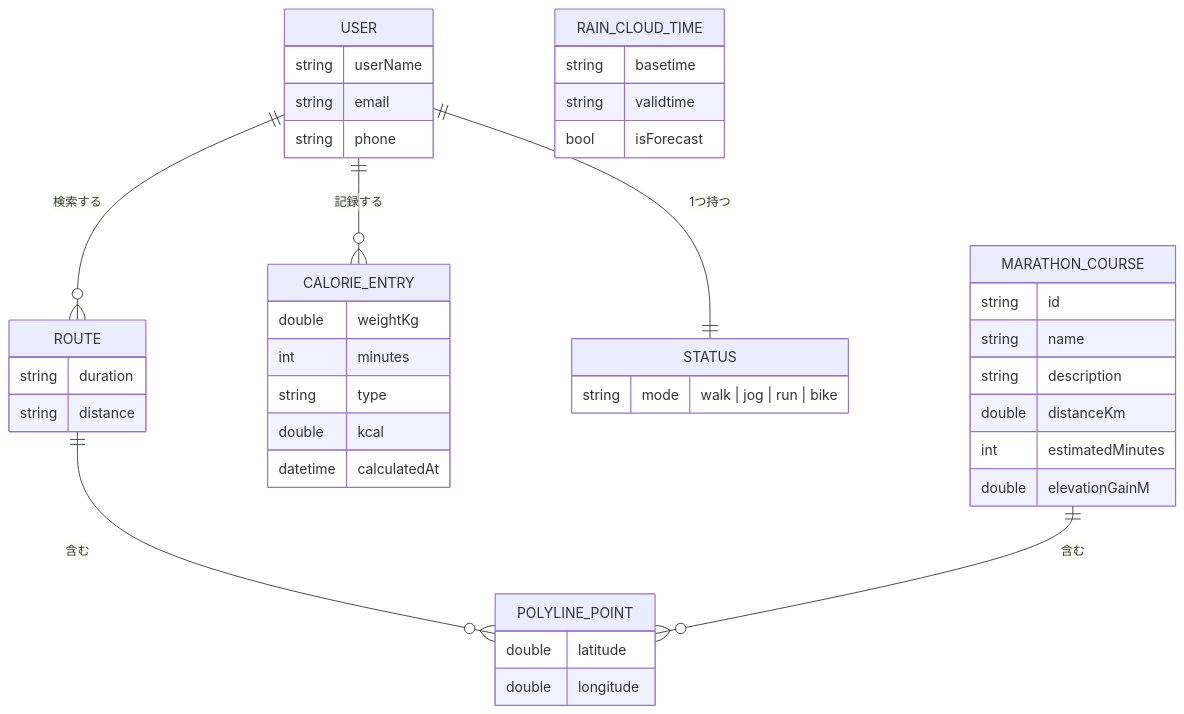
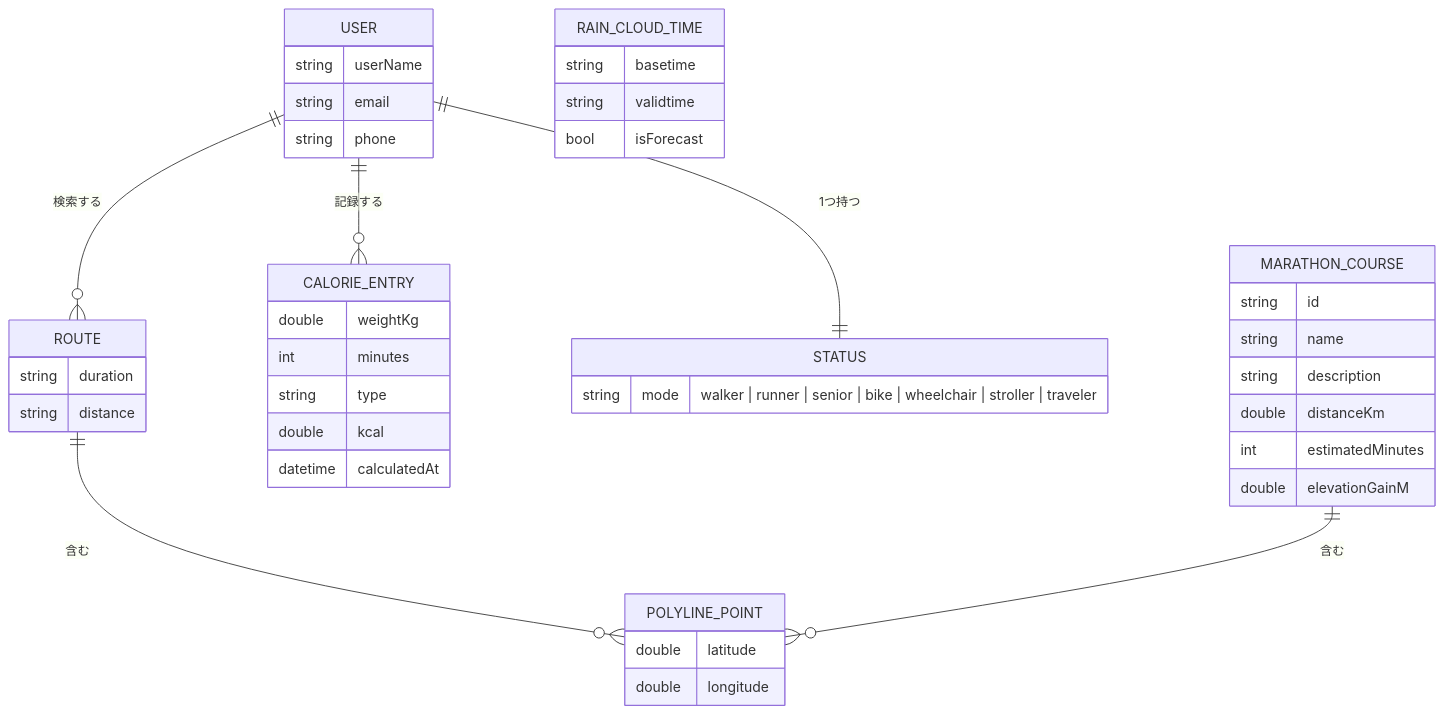
Before and after one commit to feynman1729/Chikuhou_frontend: the third of 3 diagrams in README.md, drawn with Mermaid. The commit also changed other lines of this file, not shown here.

Commit message:
docs: ステータス(7属性・bike)とスコア表の記述を実装に合わせて修正

````diff
--- a/README.md
+++ b/README.md
@@ -273,45 +273,45 @@
 ```mermaid
 erDiagram
     USER ||--o{ ROUTE : "検索する"
     USER ||--o{ CALORIE_ENTRY : "記録する"
     USER ||--|| STATUS : "1つ持つ"
     ROUTE ||--o{ POLYLINE_POINT : "含む"
     MARATHON_COURSE ||--o{ POLYLINE_POINT : "含む"
 
     USER {
         string userName
         string email
         string phone
     }
     STATUS {
-        string mode "walk | jog | run | bike"
+        string mode "walker | runner | senior | bike | wheelchair | stroller | traveler"
     }
     ROUTE {
         string duration
         string distance
     }
     POLYLINE_POINT {
         double latitude
         double longitude
     }
     MARATHON_COURSE {
         string id
         string name
         string description
         double distanceKm
         int estimatedMinutes
         double elevationGainM
     }
     CALORIE_ENTRY {
         double weightKg
         int minutes
         string type
         double kcal
         datetime calculatedAt
     }
     RAIN_CLOUD_TIME {
         string basetime
         string validtime
         bool isForecast
     }
 ```
````
